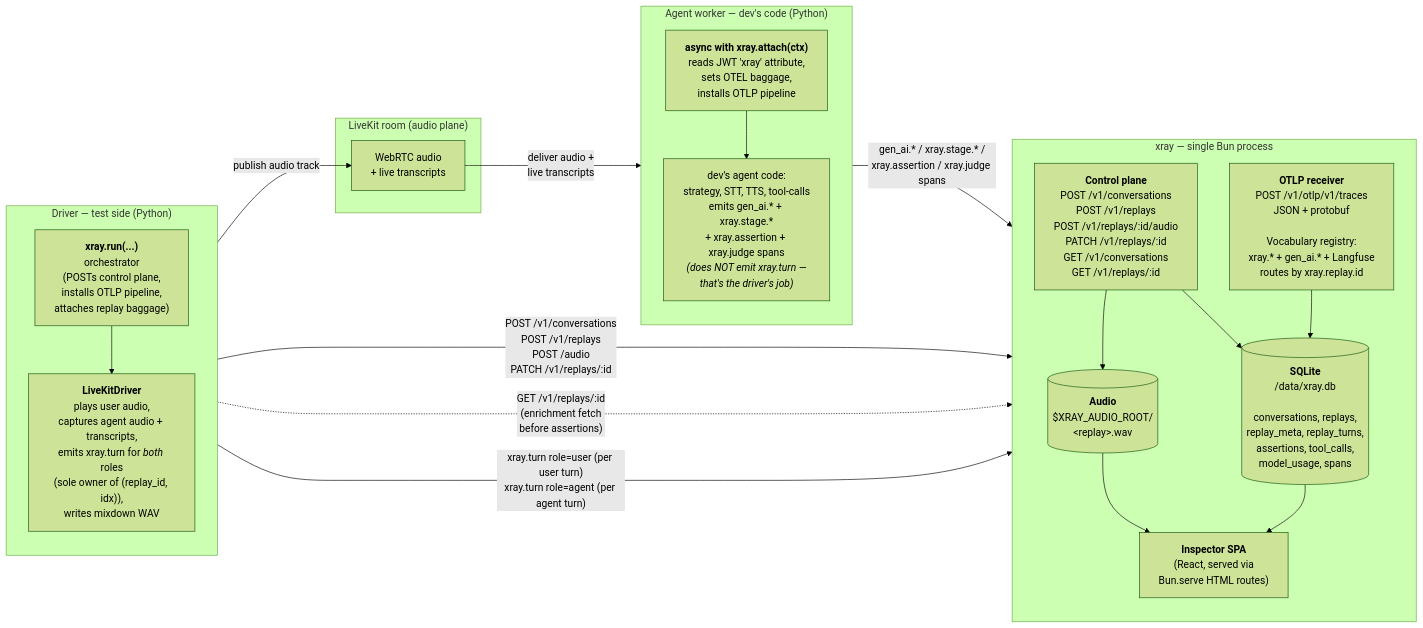
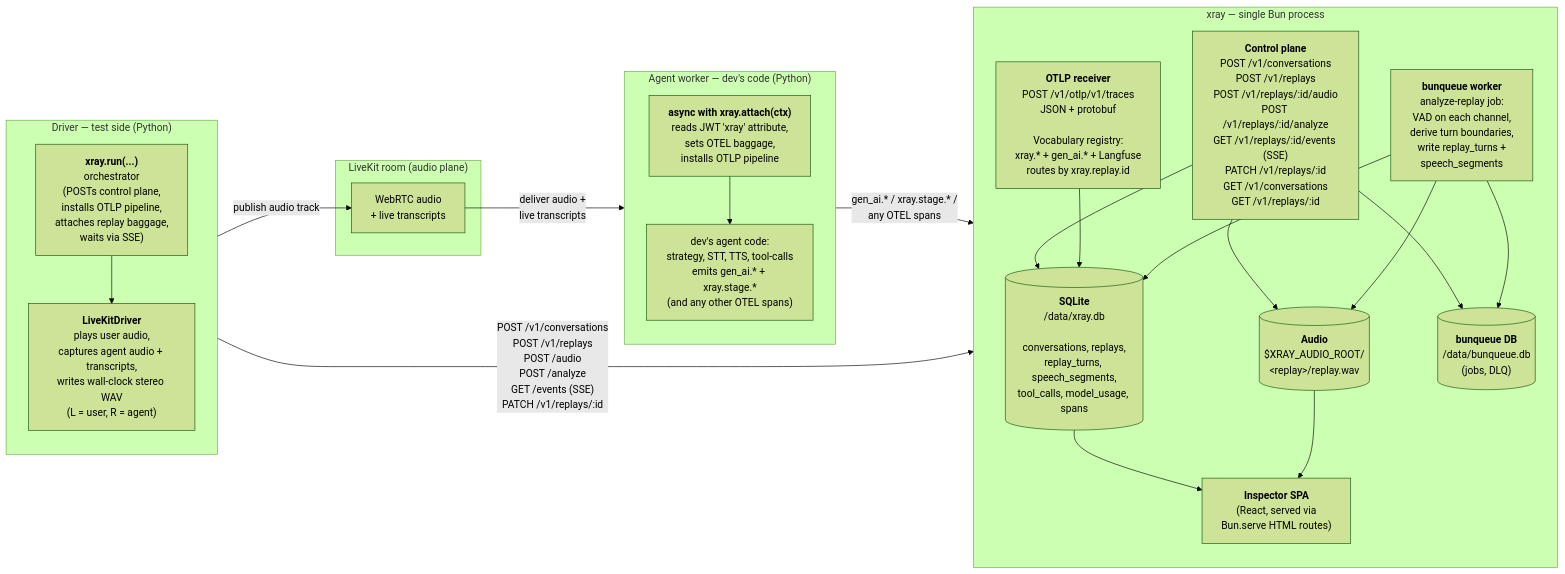
The first of 5 diagrams in docs/architecture.md (xray-eval/xray), drawn with Mermaid (forest theme) before and after one commit. The commit also changed other lines of this file and 61 other files, not shown here.

````diff
--- a/docs/architecture.md
+++ b/docs/architecture.md
@@ -31,41 +39,45 @@
 ```mermaid
 flowchart LR
     subgraph DRV["Driver — test side (Python)"]
       direction TB
-      D1["<b>xray.run(...)</b><br/>orchestrator<br/>(POSTs control plane,<br/>installs OTLP pipeline,<br/>attaches replay baggage)"]
-      D2["<b>LiveKitDriver</b><br/>plays user audio,<br/>captures agent audio + transcripts,<br/>emits xray.turn for <i>both</i> roles<br/>(sole owner of (replay_id, idx)),<br/>writes mixdown WAV"]
+      D1["<b>xray.run(...)</b><br/>orchestrator<br/>(POSTs control plane,<br/>installs OTLP pipeline,<br/>attaches replay baggage,<br/>waits via SSE)"]
+      D2["<b>LiveKitDriver</b><br/>plays user audio,<br/>captures agent audio + transcripts,<br/>writes wall-clock stereo WAV<br/>(L = user, R = agent)"]
       D1 --> D2
     end
 
     subgraph LK["LiveKit room (audio plane)"]
       LKR["WebRTC audio<br/>+ live transcripts"]
     end
 
     subgraph AGT["Agent worker — dev's code (Python)"]
       direction TB
       A1["<b>async with xray.attach(ctx)</b><br/>reads JWT 'xray' attribute,<br/>sets OTEL baggage,<br/>installs OTLP pipeline"]
-      A2["dev's agent code:<br/>strategy, STT, TTS, tool-calls<br/>emits gen_ai.* + xray.stage.*<br/>+ xray.assertion + xray.judge spans<br/><i>(does NOT emit xray.turn —<br/>that's the driver's job)</i>"]
+      A2["dev's agent code:<br/>strategy, STT, TTS, tool-calls<br/>emits gen_ai.* + xray.stage.*<br/>(and any other OTEL spans)"]
       A1 --> A2
     end
 
     subgraph XR["xray — single Bun process"]
       direction TB
-      CTL["<b>Control plane</b><br/>POST /v1/conversations<br/>POST /v1/replays<br/>POST /v1/replays/:id/audio<br/>PATCH /v1/replays/:id<br/>GET /v1/conversations<br/>GET /v1/replays/:id"]
+      CTL["<b>Control plane</b><br/>POST /v1/conversations<br/>POST /v1/replays<br/>POST /v1/replays/:id/audio<br/>POST /v1/replays/:id/analyze<br/>GET /v1/replays/:id/events (SSE)<br/>PATCH /v1/replays/:id<br/>GET /v1/conversations<br/>GET /v1/replays/:id"]
       OTLP["<b>OTLP receiver</b><br/>POST /v1/otlp/v1/traces<br/>JSON + protobuf<br/><br/>Vocabulary registry:<br/>xray.* + gen_ai.* + Langfuse<br/>routes by xray.replay.id"]
-      DB[("<b>SQLite</b><br/>/data/xray.db<br/><br/>conversations, replays,<br/>replay_meta, replay_turns,<br/>assertions, tool_calls,<br/>model_usage, spans")]
-      AUDIO[("<b>Audio</b><br/>$XRAY_AUDIO_ROOT/<br/>&lt;replay&gt;.wav")]
+      JOB["<b>bunqueue worker</b><br/>analyze-replay job:<br/>VAD on each channel,<br/>derive turn boundaries,<br/>write replay_turns +<br/>speech_segments"]
+      DB[("<b>SQLite</b><br/>/data/xray.db<br/><br/>conversations, replays,<br/>replay_turns, speech_segments,<br/>tool_calls, model_usage, spans")]
+      BQDB[("<b>bunqueue DB</b><br/>/data/bunqueue.db<br/>(jobs, DLQ)")]
+      AUDIO[("<b>Audio</b><br/>$XRAY_AUDIO_ROOT/<br/>&lt;replay&gt;/replay.wav")]
       SPA["<b>Inspector SPA</b><br/>(React, served via<br/>Bun.serve HTML routes)"]
       CTL --> DB
       CTL --> AUDIO
+      CTL --> BQDB
       OTLP --> DB
+      JOB --> DB
+      JOB --> AUDIO
+      JOB --> BQDB
       DB --> SPA
       AUDIO --> SPA
     end
 
-    D1 -- "POST /v1/conversations<br/>POST /v1/replays<br/>POST /audio<br/>PATCH /v1/replays/:id" --> CTL
-    D1 -. "GET /v1/replays/:id<br/>(enrichment fetch<br/>before assertions)" .-> CTL
-    D2 -- "xray.turn role=user (per user turn)<br/>xray.turn role=agent (per agent turn)" --> OTLP
+    D1 -- "POST /v1/conversations<br/>POST /v1/replays<br/>POST /audio<br/>POST /analyze<br/>GET /events (SSE)<br/>PATCH /v1/replays/:id" --> CTL
     D2 -- "publish audio track" --> LKR
     LKR -- "deliver audio +<br/>live transcripts" --> A2
-    A2 -- "gen_ai.* / xray.stage.* /<br/>xray.assertion / xray.judge spans" --> OTLP
+    A2 -- "gen_ai.* / xray.stage.* /<br/>any OTEL spans" --> OTLP
 ```
````
